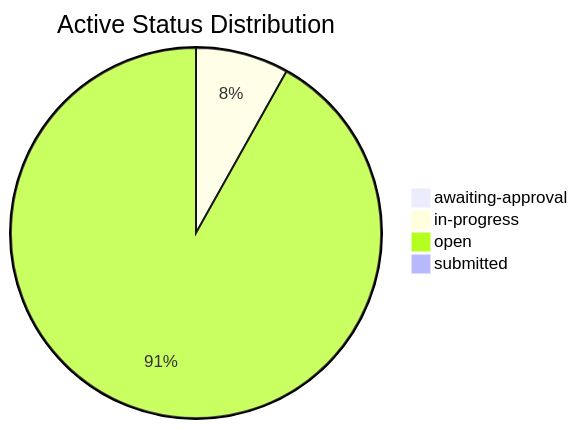
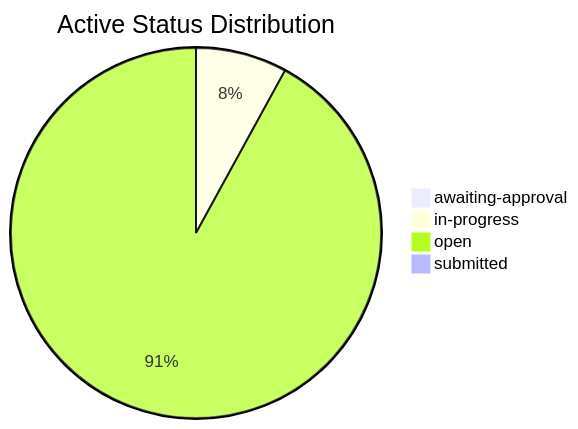
One commit to mgosal/5et.uk changed the second of 3 diagrams in dashboard.md. Above: the diagram before and after it, drawn with Mermaid. The commit also changed other lines of this file and 6 other files, not shown here.

````diff
--- a/dashboard.md
+++ b/dashboard.md
@@ -230,7 +343,7 @@
 ```mermaid
 pie title Active Status Distribution
     "awaiting-approval" : 1
     "in-progress" : 13
-    "open" : 147
+    "open" : 150
     "submitted" : 1
 ```
````
